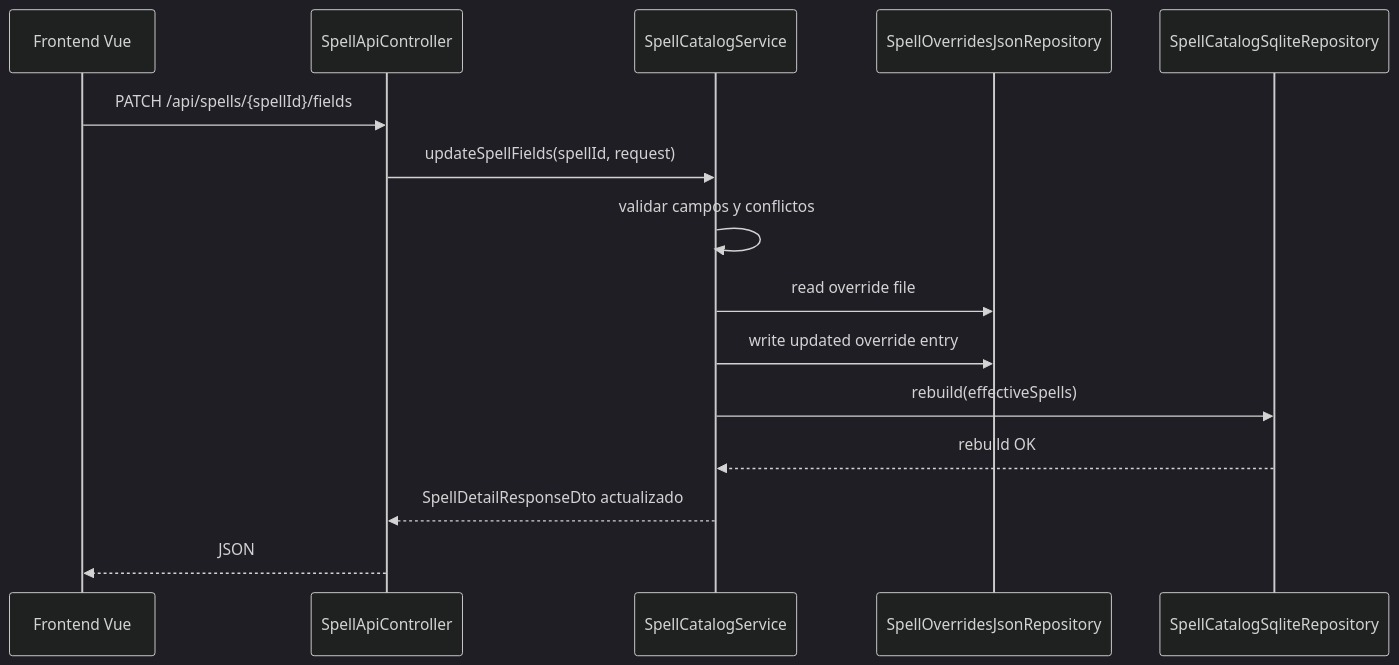
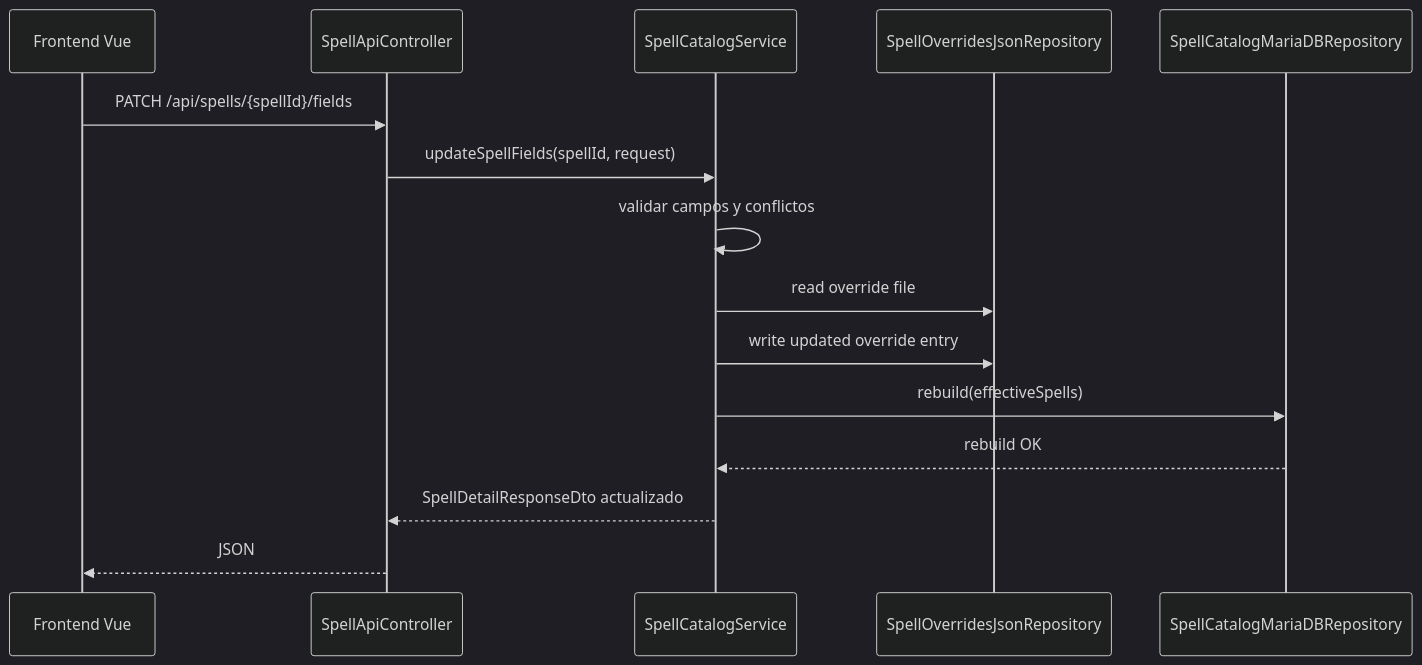
One commit to albertinizao/Grimorio-Pathfinder changed diagram 13 of 18 in docs/09-diagramas-flujos-secuencia.md. Above: the diagram before and after it, drawn with Mermaid (dark theme). The commit also changed other lines of this file and 52 other files, not shown here.

````diff
--- a/docs/09-diagramas-flujos-secuencia.md
+++ b/docs/09-diagramas-flujos-secuencia.md
@@ -276,18 +276,18 @@
 ```mermaid
 sequenceDiagram
   participant UI as Frontend Vue
   participant API as SpellApiController
   participant Service as SpellCatalogService
   participant Ov as SpellOverridesJsonRepository
-  participant DB as SpellCatalogSqliteRepository
+  participant DB as SpellCatalogMariaDBRepository
 
   UI->>API: PATCH /api/spells/{spellId}/fields
   API->>Service: updateSpellFields(spellId, request)
   Service->>Service: validar campos y conflictos
   Service->>Ov: read override file
   Service->>Ov: write updated override entry
   Service->>DB: rebuild(effectiveSpells)
   DB-->>Service: rebuild OK
   Service-->>API: SpellDetailResponseDto actualizado
   API-->>UI: JSON
 ```
````
